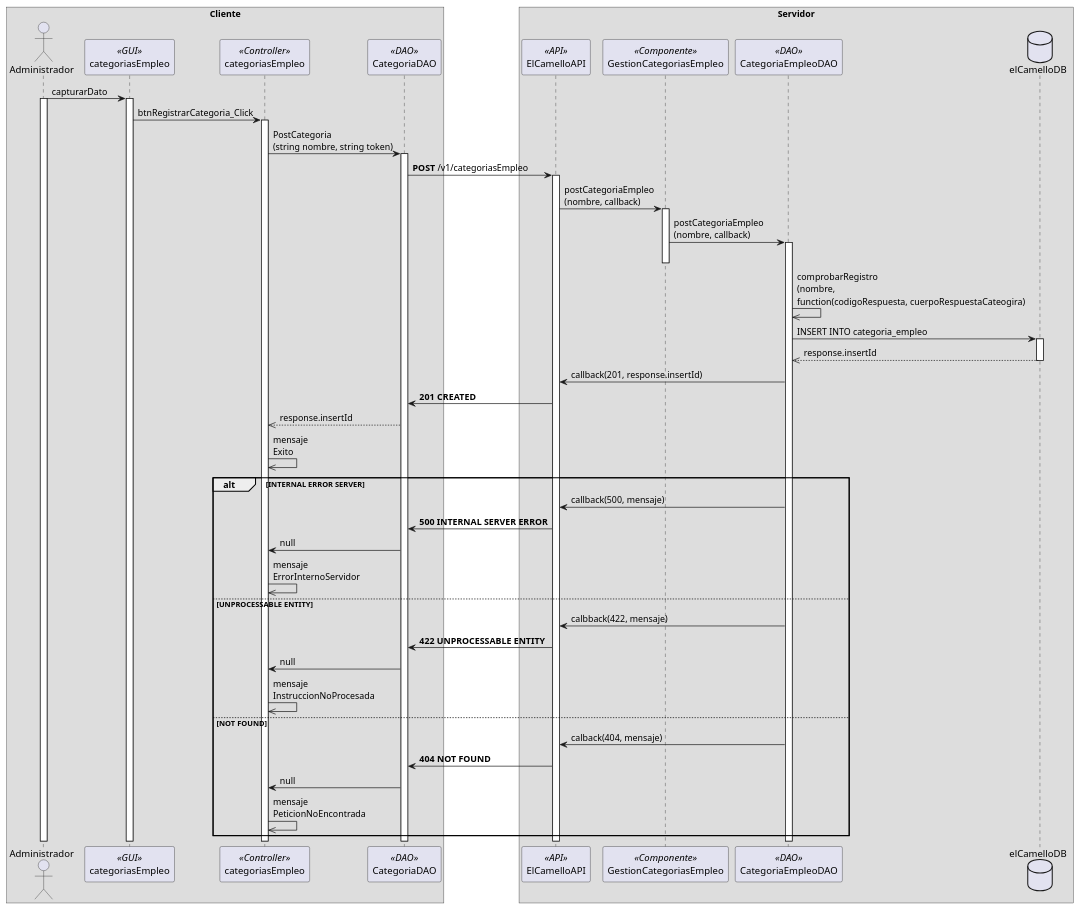
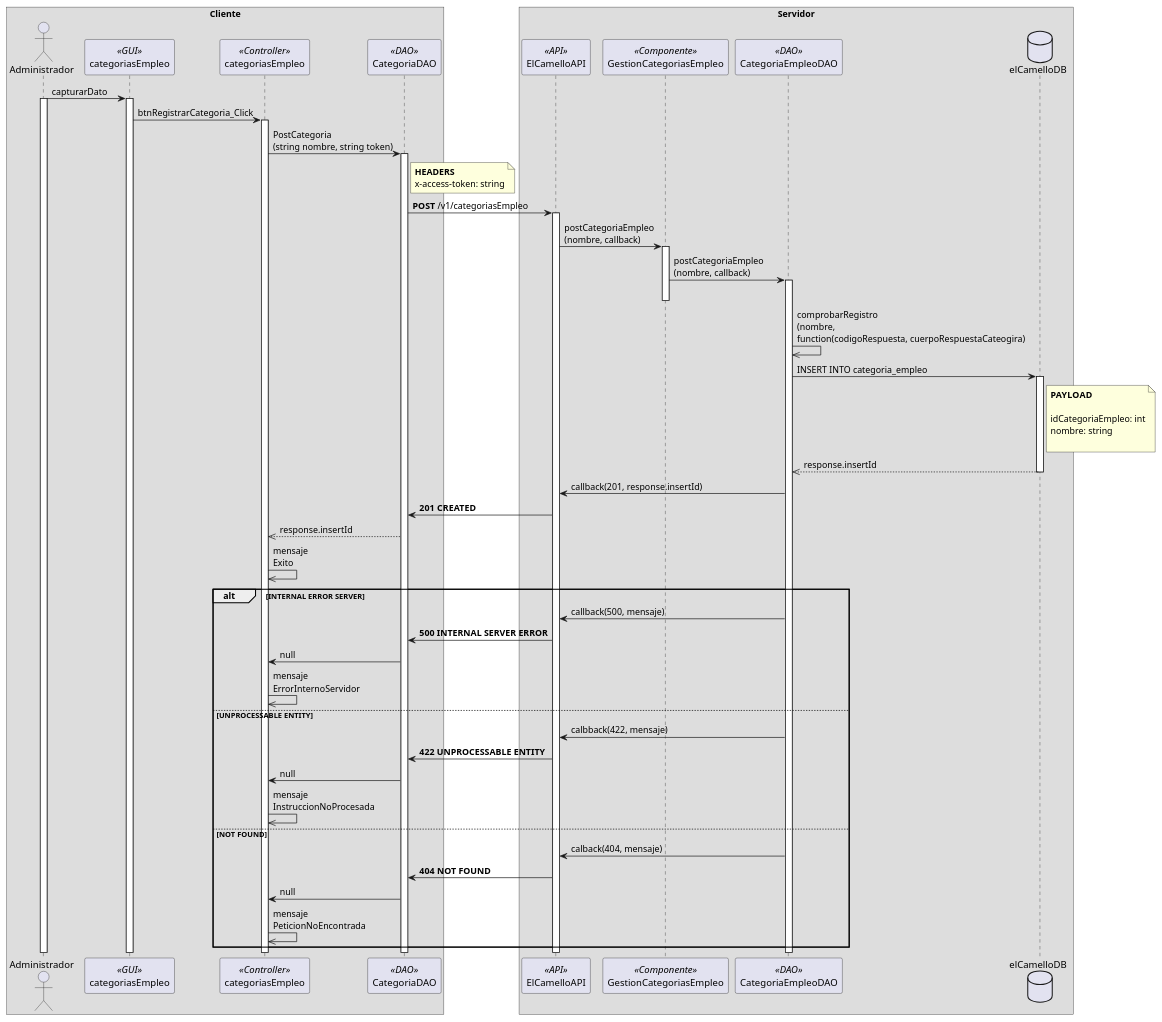
One commit to VictorArrys/API_WORK_PLATAFORM_ARRYS changed the diagram in diagramas/secuencia/GestionCategorias/RegistrarCategoria.puml. Above: the diagram before and after it, drawn with PlantUML. The commit also changed 11 other files, not shown here.

Commit message:
Diagramas de secuencia con notas

```diff
--- a/diagramas/secuencia/GestionCategorias/RegistrarCategoria.puml
+++ b/diagramas/secuencia/GestionCategorias/RegistrarCategoria.puml
@@ -1,88 +1,101 @@
 @startuml
 
 box Cliente
     actor Administrador as a
     participant categoriasEmpleo as b <<GUI>> 
     participant categoriasEmpleo as c <<Controller>>
     participant CategoriaDAO as d <<DAO>>
 
 end box
 
 box Servidor
     participant ElCamelloAPI as e <<API>>
     participant GestionCategoriasEmpleo as f <<Componente>>
     participant CategoriaEmpleoDAO as g <<DAO>>
     database elCamelloDB as db
 end box
 
 a -> b: capturarDato
 activate a
 activate b
 
 b -> c: btnRegistrarCategoria_Click
 activate c
 
 c -> d: PostCategoria\n(string nombre, string token)
 activate d
 
+note right of d  
+**HEADERS**
+x-access-token: string
+end note
+
 d -> e: **POST** /v1/categoriasEmpleo
 activate e
 
 e -> f: postCategoriaEmpleo\n(nombre, callback)
 activate f
 
 f -> g: postCategoriaEmpleo\n(nombre, callback)
 activate g
 deactivate f
 
 g ->> g: comprobarRegistro\n(nombre, \nfunction(codigoRespuesta, cuerpoRespuestaCateogira)
 
 g -> db: INSERT INTO categoria_empleo
 activate db
+
+note right of db
+**PAYLOAD**
+
+idCategoriaEmpleo: int
+nombre: string
+
+end note
 
 db -->> g: response.insertId
 deactivate db
 
 g -> e: callback(201, response.insertId)
 
 e -> d: **201 CREATED**
 
 d -->> c: response.insertId
 
 c ->> c: mensaje\nExito
 
 alt INTERNAL ERROR SERVER
 
      g -> e: callback(500, mensaje)
 
      e -> d: **500 INTERNAL SERVER ERROR**
 
      d -> c: null
 
      c ->> c: mensaje\nErrorInternoServidor
 
 else UNPROCESSABLE ENTITY
 
     g -> e: calbback(422, mensaje)
 
     e -> d: **422 UNPROCESSABLE ENTITY**
 
     d -> c: null
 
     c ->> c: mensaje\nInstruccionNoProcesada
 
 
 else NOT FOUND
 
     g -> e: calback(404, mensaje)
 
     e -> d: **404 NOT FOUND**
 
     d -> c: null
 
     c ->> c: mensaje\nPeticionNoEncontrada
 
 end
 
 
 @enduml
```
